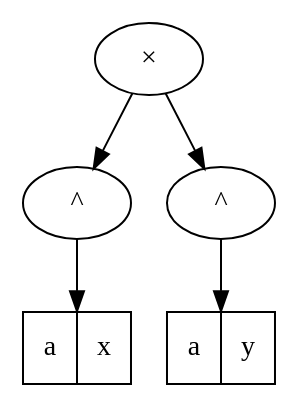
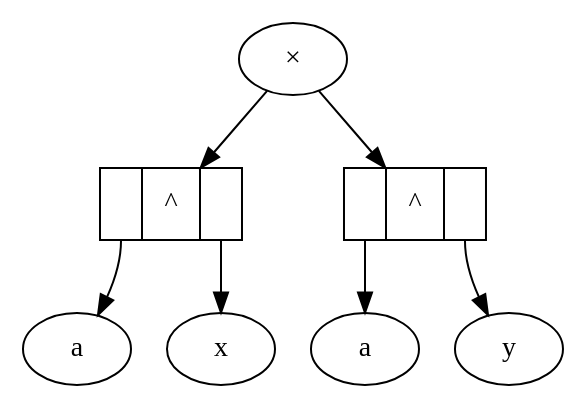
Before and after one commit to CousinoMath/blog: the diagram in Arith_on_Trees/timePow.gv, drawn with Graphviz. The commit also changed 12 other files, not shown here.

Commit message:
Arithmetic on Trees Graphvis

```diff
--- a/Arith_on_Trees/timePow.gv
+++ b/Arith_on_Trees/timePow.gv
@@ -1,9 +1,13 @@
 strict digraph timePow {
-ax [shape=record, label="a | x"];
-ay [shape=record, label="a | y"];
+a1, a2 [label="a"];
+x [label="x"];
+y [label="y"];
 mult [label="&times;"];
-pow1, pow2 	[label="^"];
+pow1 [shape=record, label="<0>|^|<1>"];
+pow2 [shape=record, label="<0>|^|<1>"];
 mult -> {pow1, pow2};
-pow1 -> ax;
-pow2 -> ay;
+pow1:0 -> a1;
+pow1:1 -> x;
+pow2:0 -> a2;
+pow2:1 -> y
 }
```
